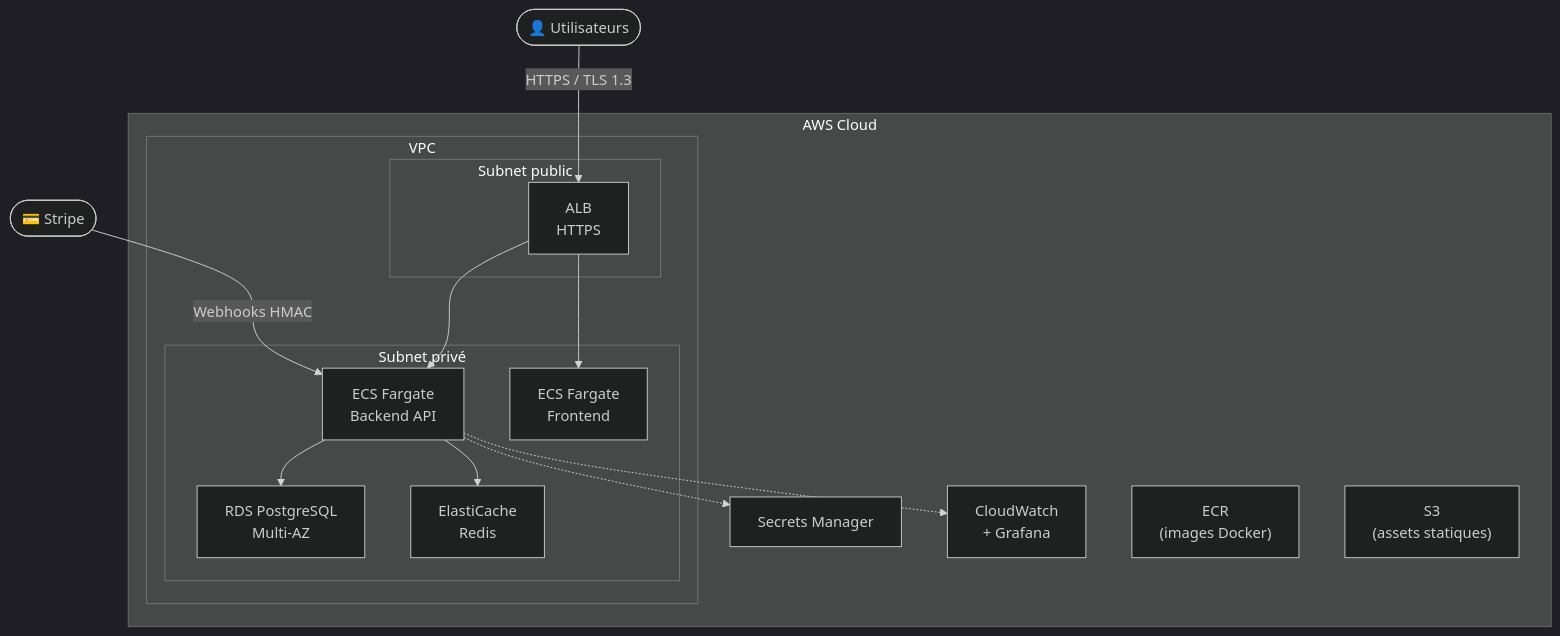
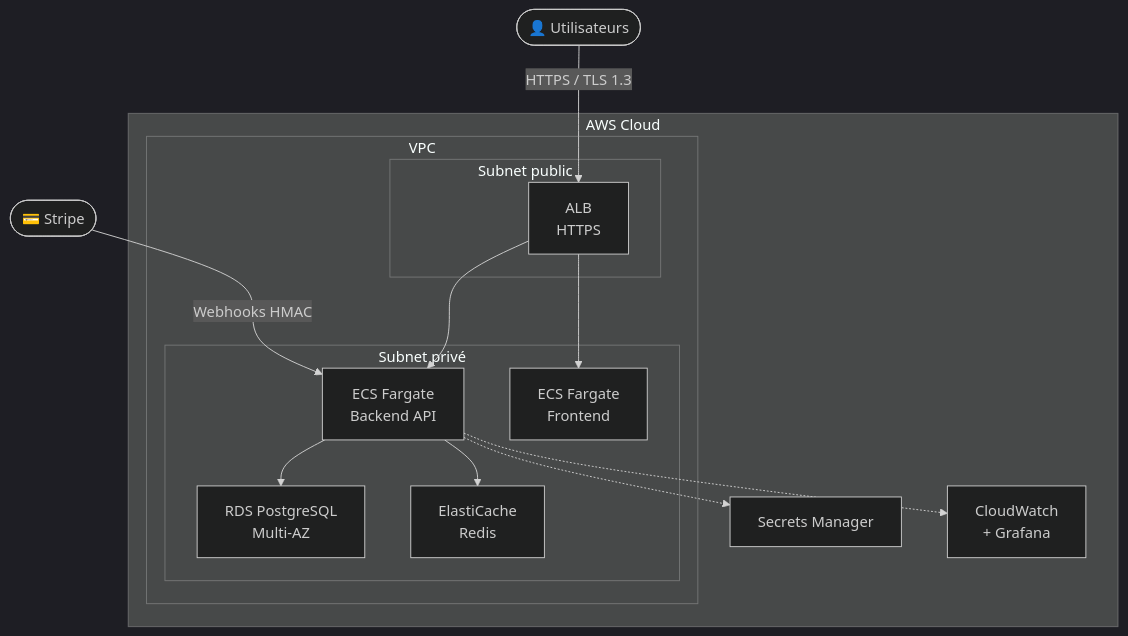
Before and after one commit to anthony-openclassroom/p10-yourcaryourway: the fifth of 8 diagrams in docs/architecture.md, drawn with Mermaid (dark theme). The commit also changed other lines of this file and 2 other files, not shown here.

````diff
--- a/docs/architecture.md
+++ b/docs/architecture.md
@@ -301,32 +241,30 @@
 ```mermaid
 flowchart TD
     Users(["👤 Utilisateurs"])
     Stripe(["💳 Stripe"])
 
     subgraph AWS ["AWS Cloud"]
         subgraph VPC ["VPC"]
             subgraph Public ["Subnet public"]
                 ALB["ALB\nHTTPS"]
             end
             subgraph Private ["Subnet privé"]
                 ECS_BE["ECS Fargate\nBackend API"]
                 ECS_FE["ECS Fargate\nFrontend"]
                 RDS["RDS PostgreSQL\nMulti-AZ"]
                 Redis["ElastiCache\nRedis"]
             end
         end
         Secrets["Secrets Manager"]
         CW["CloudWatch\n+ Grafana"]
-        ECR["ECR\n(images Docker)"]
-        S3["S3\n(assets statiques)"]
     end
 
     Users -->|HTTPS / TLS 1.3| ALB
     ALB --> ECS_BE
     ALB --> ECS_FE
     ECS_BE --> RDS
     ECS_BE --> Redis
     ECS_BE -.-> Secrets
     ECS_BE -.-> CW
     Stripe -->|Webhooks HMAC| ECS_BE
 ```
````
